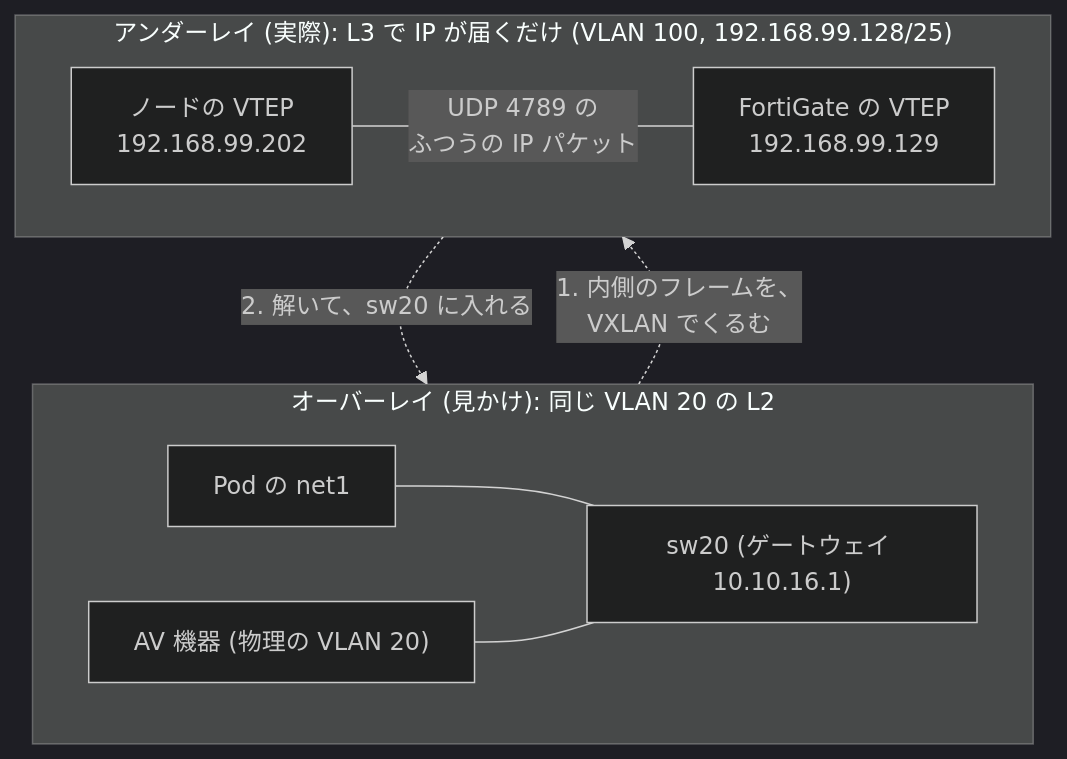
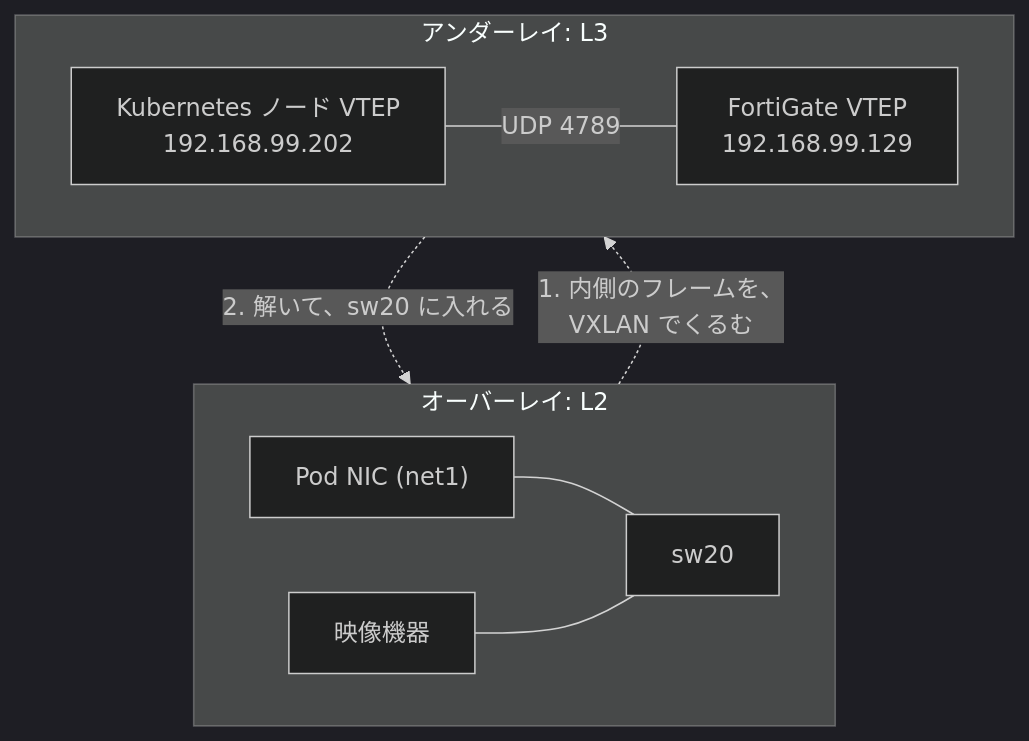
Before and after one commit to TechnoTUT/Infra: the second of 3 diagrams in docs/content/computing/vxlan.mdx, drawn with Mermaid (dark theme). The commit also changed other lines of this file, not shown here.

````diff
--- a/docs/content/computing/vxlan.mdx
+++ b/docs/content/computing/vxlan.mdx
@@ -47,19 +47,19 @@
 ```mermaid
 flowchart TB
-  subgraph over["オーバーレイ (見かけ): 同じ VLAN 20 の L2"]
+  subgraph over["オーバーレイ: L2"]
     direction LR
-    pod["Pod の net1"]
-    sw["sw20 (ゲートウェイ 10.10.16.1)"]
-    av["AV 機器 (物理の VLAN 20)"]
+    pod["Pod NIC (net1)"]
+    sw["sw20"]
+    av["映像機器"]
     pod --- sw
     av --- sw
   end
-  subgraph under["アンダーレイ (実際): L3 で IP が届くだけ (VLAN 100, 192.168.99.128/25)"]
+  subgraph under["アンダーレイ: L3"]
     direction LR
-    node["ノードの VTEP<br/>192.168.99.202"]
-    fg["FortiGate の VTEP<br/>192.168.99.129"]
-    node -- "UDP 4789 の<br/>ふつうの IP パケット" --- fg
+    node["Kubernetes ノード VTEP<br/>192.168.99.202"]
+    fg["FortiGate VTEP<br/>192.168.99.129"]
+    node -- "UDP 4789" --- fg
   end
   pod -. "1. 内側のフレームを、<br/>VXLAN でくるむ" .-> node
   fg -. "2. 解いて、sw20 に入れる" .-> sw
 ```
````
